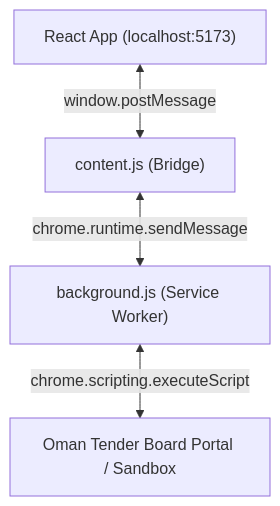
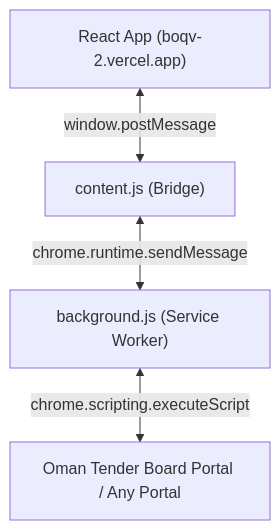
Before and after one commit to Salamony4all/BOQV2: the diagram in EXTENSION_AUTOFILL_FEATURE_GUIDE.md, drawn with Mermaid. The commit also changed other lines of this file and 1 other file, not shown here.

Commit message:
docs: update extension guide for live Vercel deployment and add extension section to codebase brief

````diff
--- a/EXTENSION_AUTOFILL_FEATURE_GUIDE.md
+++ b/EXTENSION_AUTOFILL_FEATURE_GUIDE.md
@@ -9,6 +9,6 @@
 ```mermaid
 graph TD
-    React["React App (localhost:5173)"] <--> |window.postMessage| ContentScript["content.js (Bridge)"]
+    React["React App (boqv-2.vercel.app)"] <--> |window.postMessage| ContentScript["content.js (Bridge)"]
     ContentScript <--> |chrome.runtime.sendMessage| ServiceWorker["background.js (Service Worker)"]
-    ServiceWorker <--> |chrome.scripting.executeScript| TargetPage["Oman Tender Board Portal / Sandbox"]
+    ServiceWorker <--> |chrome.scripting.executeScript| TargetPage["Oman Tender Board Portal / Any Portal"]
 ```
````
